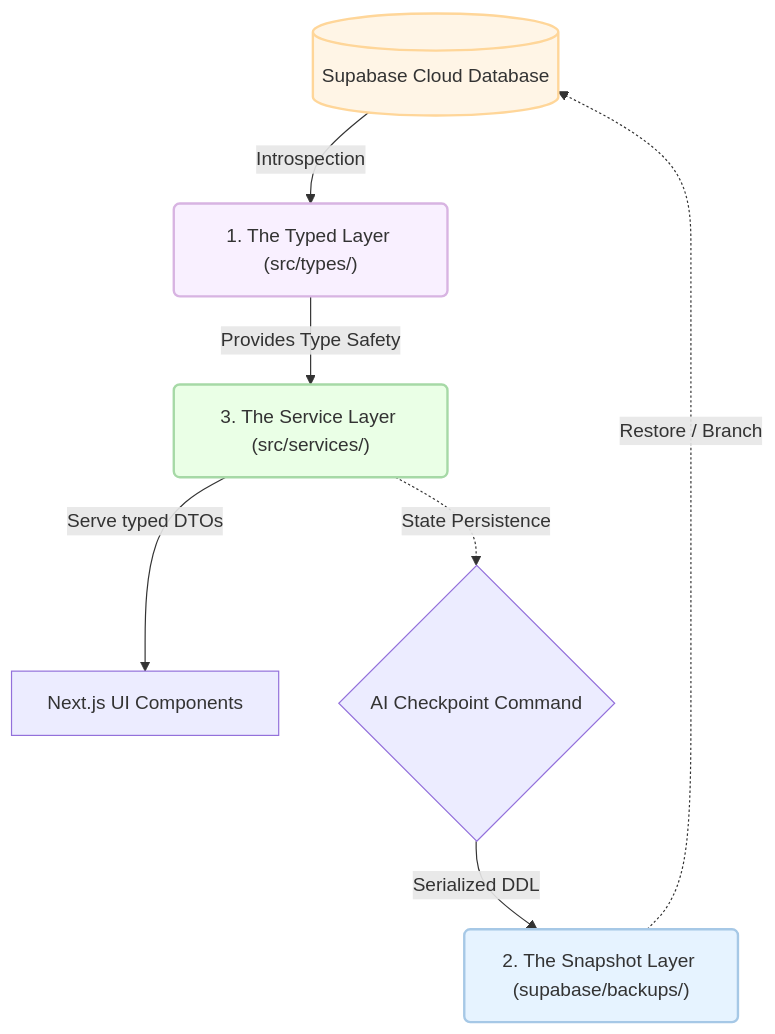
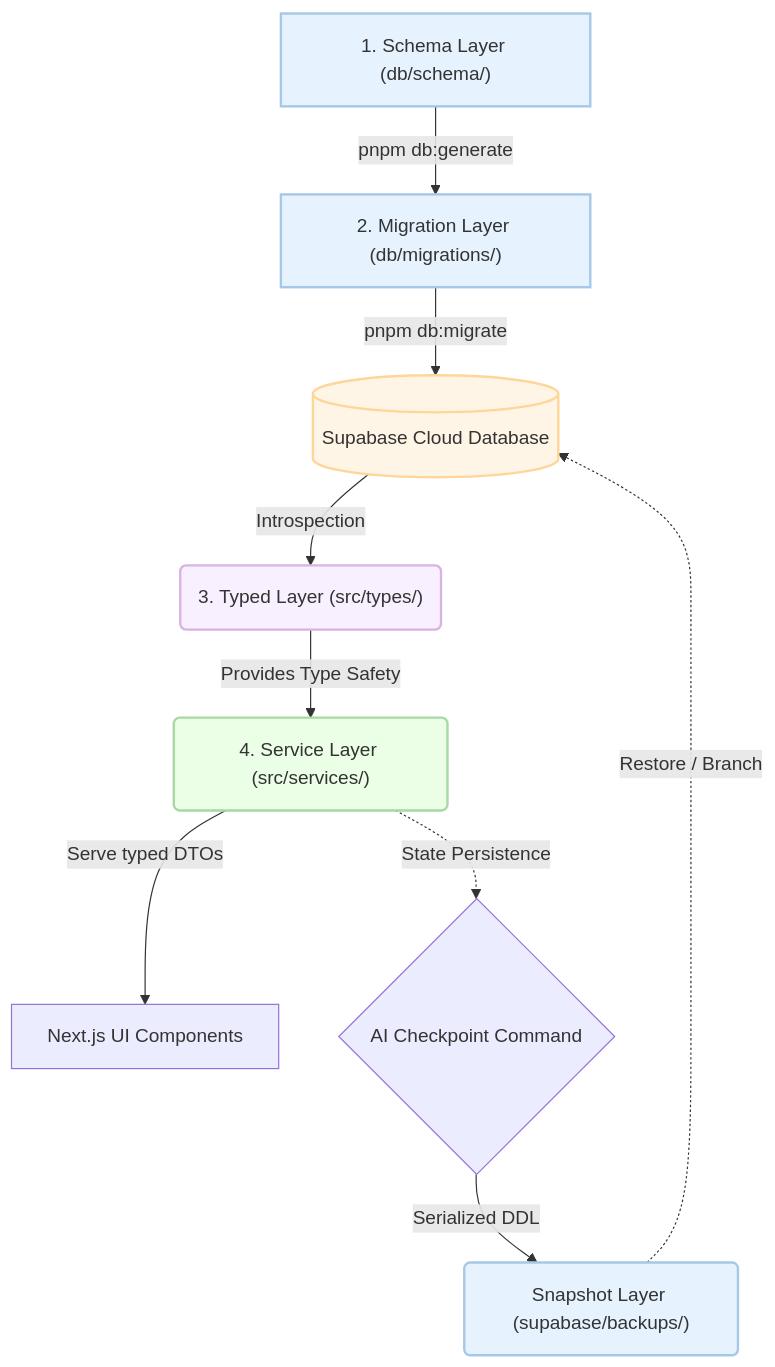
One commit to Danncode10/DannFlow changed the diagram in docs/dannflow_docs/the-holy-trinity.md. Above: the diagram before and after it, drawn with Mermaid. The commit also changed other lines of this file and 39 other files, not shown here.

````diff
--- a/docs/dannflow_docs/the-holy-trinity.md
+++ b/docs/dannflow_docs/the-holy-trinity.md
@@ -7,17 +7,22 @@
 ```mermaid
 graph TD
     classDef layerEyes fill:#f9f0ff,stroke:#d8b4e2,stroke-width:2px;
     classDef layerBlueprint fill:#e6f3ff,stroke:#a6c8e6,stroke-width:2px;
     classDef layerAction fill:#eaffe6,stroke:#a6d9a6,stroke-width:2px;
     classDef cloud fill:#fff5e6,stroke:#ffd699,stroke-width:2px;
 
+    Schema["1. Schema Layer (db/schema/)"]:::layerBlueprint
+    Migrations["2. Migration Layer (db/migrations/)"]:::layerBlueprint
     DB[("Supabase Cloud Database")]:::cloud
-    DB -->|"Introspection"| Eyes("1. The Typed Layer (src/types/)"):::layerEyes
+    Types("3. Typed Layer (src/types/)"):::layerEyes
     
-    Eyes -->|"Provides Type Safety"| Action("3. The Service Layer (src/services/)"):::layerAction
+    Schema -->|"pnpm db:generate"| Migrations
+    Migrations -->|"pnpm db:migrate"| DB
+    DB -->|"Introspection"| Types
+    Types -->|"Provides Type Safety"| Action("4. Service Layer (src/services/)"):::layerAction
     Action -->|"Serve typed DTOs"| UI["Next.js UI Components"]
     
     Action -.->|"State Persistence"| Checkpoint{"AI Checkpoint Command"}
-    Checkpoint -->|"Serialized DDL"| Blueprint("2. The Snapshot Layer (supabase/backups/)"):::layerBlueprint
+    Checkpoint -->|"Serialized DDL"| Blueprint("Snapshot Layer (supabase/backups/)"):::layerBlueprint
     Blueprint -.->|"Restore / Branch"| DB
 ```
````
